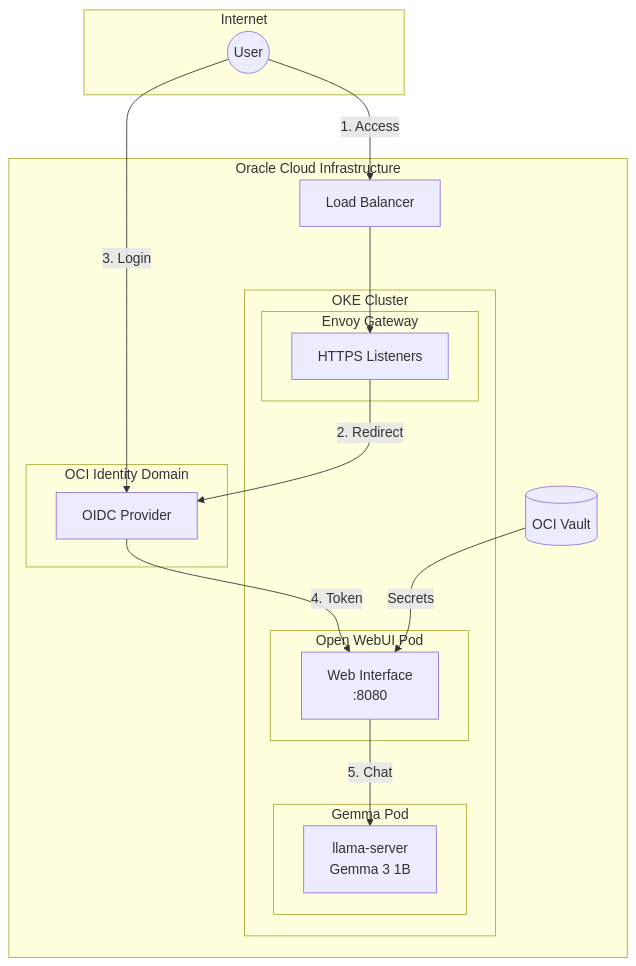
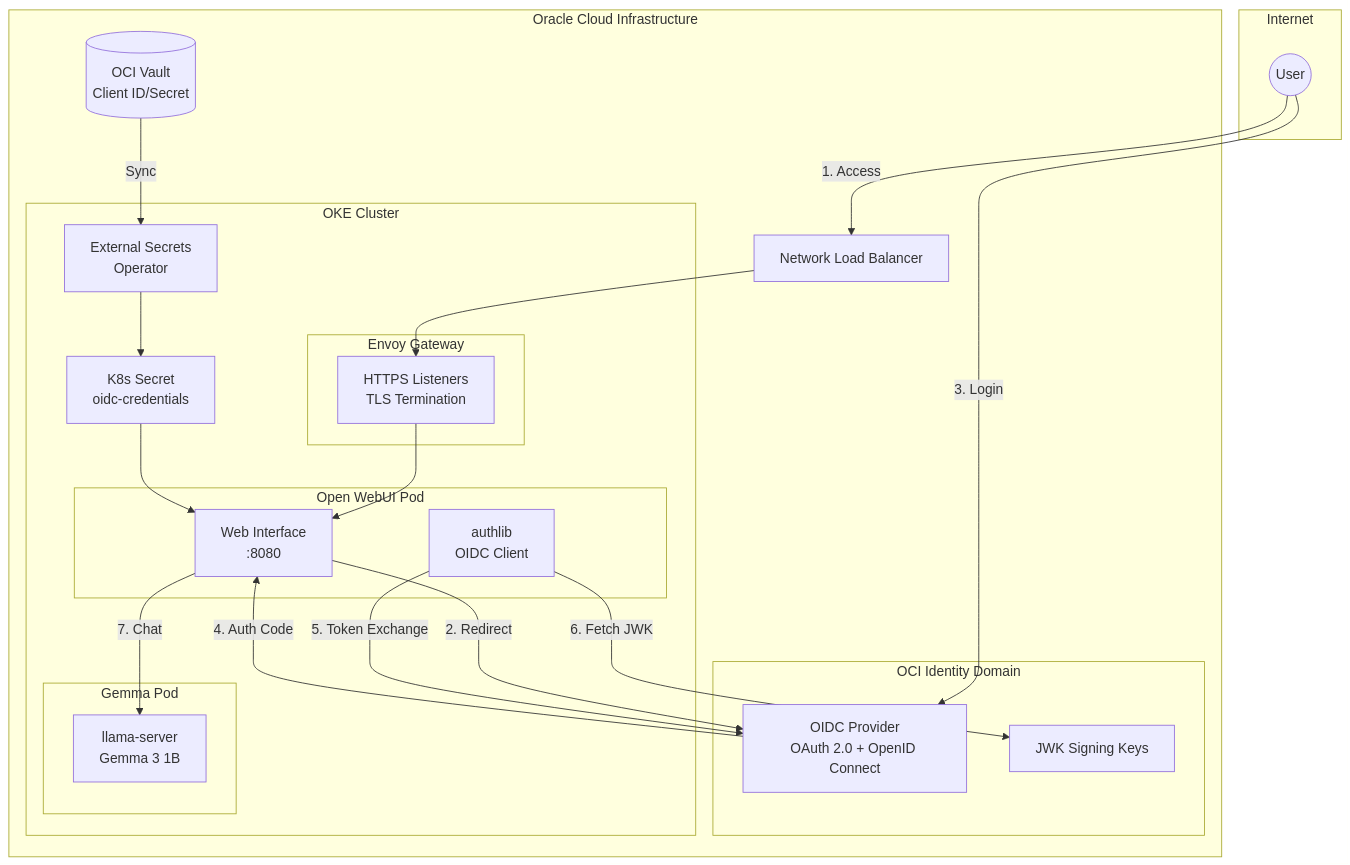
The first of 5 diagrams in docs/src/content/docs/architecture/open-webui.mdx (nsudhanva/k8s-oracle), drawn with Mermaid before and after one commit. The commit also changed other lines of this file and 1 other file, not shown here.

First line of the commit message:
docs: comprehensive OIDC authentication documentation for Open WebUI

````diff
--- a/docs/src/content/docs/architecture/open-webui.mdx
+++ b/docs/src/content/docs/architecture/open-webui.mdx
@@ -24,38 +24,48 @@
 ```mermaid
 flowchart TB
     subgraph Internet
         User((User))
     end
 
     subgraph OCI["Oracle Cloud Infrastructure"]
         subgraph Identity["OCI Identity Domain"]
-            OIDC[OIDC Provider]
+            OIDC[OIDC Provider<br/>OAuth 2.0 + OpenID Connect]
+            JWK[JWK Signing Keys]
         end
 
-        LB[Load Balancer]
+        LB[Network Load Balancer]
 
         subgraph OKE["OKE Cluster"]
             subgraph Gateway["Envoy Gateway"]
-                EG[HTTPS Listeners]
+                EG[HTTPS Listeners<br/>TLS Termination]
             end
 
             subgraph OpenWebUI["Open WebUI Pod"]
                 UI[Web Interface<br/>:8080]
+                OAuth[authlib<br/>OIDC Client]
             end
 
             subgraph GemmaPod["Gemma Pod"]
                 LLM[llama-server<br/>Gemma 3 1B]
             end
+
+            ESO[External Secrets<br/>Operator]
+            Secret[K8s Secret<br/>oidc-credentials]
         end
 
-        Vault[(OCI Vault)]
+        Vault[(OCI Vault<br/>Client ID/Secret)]
     end
 
     User -->|1. Access| LB
     LB --> EG
-    EG -->|2. Redirect| OIDC
+    EG --> UI
+    UI -->|2. Redirect| OIDC
     User -->|3. Login| OIDC
-    OIDC -->|4. Token| UI
-    UI -->|5. Chat| LLM
-    Vault -->|Secrets| UI
+    OIDC -->|4. Auth Code| UI
+    OAuth -->|5. Token Exchange| OIDC
+    OAuth -->|6. Fetch JWK| JWK
+    UI -->|7. Chat| LLM
+    Vault -->|Sync| ESO
+    ESO --> Secret
+    Secret --> UI
 ```
````
